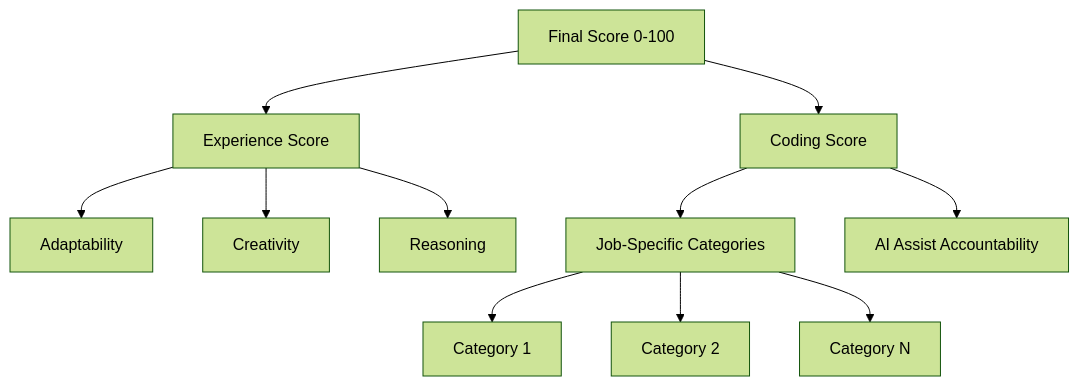
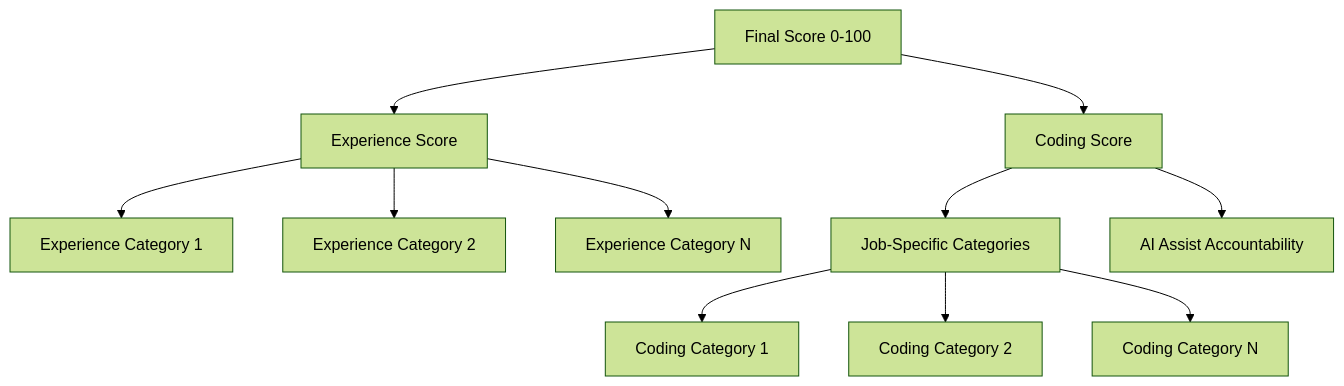
One commit to noam-hoze/sfinx changed the diagram in docs/scoring-system.md. Above: the diagram before and after it, drawn with Mermaid (forest theme). The commit also changed other lines of this file and 45 other files, not shown here.

````diff
--- a/docs/scoring-system.md
+++ b/docs/scoring-system.md
@@ -9,17 +9,17 @@
 ```mermaid
 graph TD
     FinalScore[Final Score 0-100]
     FinalScore --> Experience[Experience Score]
     FinalScore --> Coding[Coding Score]
     
-    Experience --> Adapt[Adaptability]
-    Experience --> Creative[Creativity]
-    Experience --> Reason[Reasoning]
+    Experience --> ExpCat1[Experience Category 1]
+    Experience --> ExpCat2[Experience Category 2]
+    Experience --> ExpCatN[Experience Category N]
     
     Coding --> JobCat[Job-Specific Categories]
     Coding --> AIAssist[AI Assist Accountability]
     
-    JobCat --> Cat1[Category 1]
-    JobCat --> Cat2[Category 2]
-    JobCat --> CatN[Category N]
+    JobCat --> CodCat1[Coding Category 1]
+    JobCat --> CodCat2[Coding Category 2]
+    JobCat --> CodCatN[Coding Category N]
 ```
````
